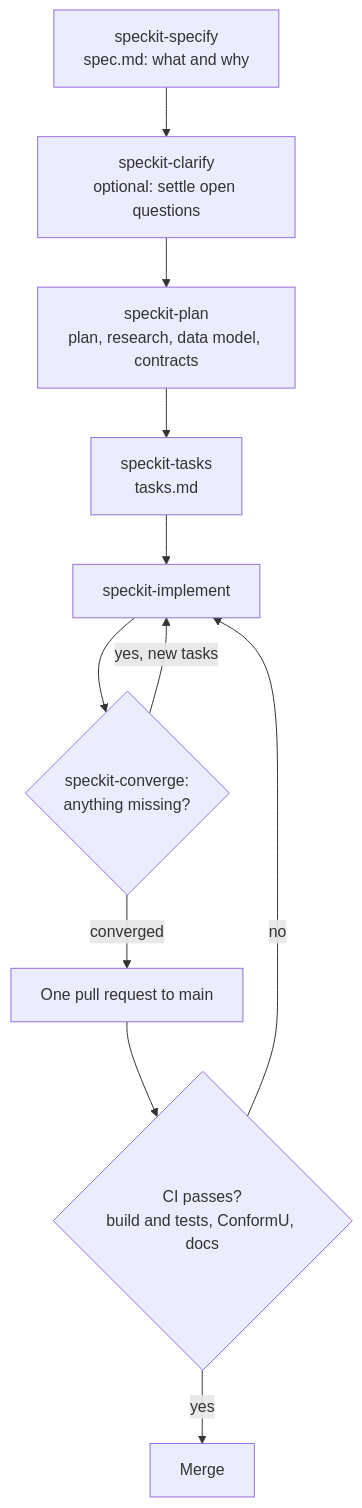
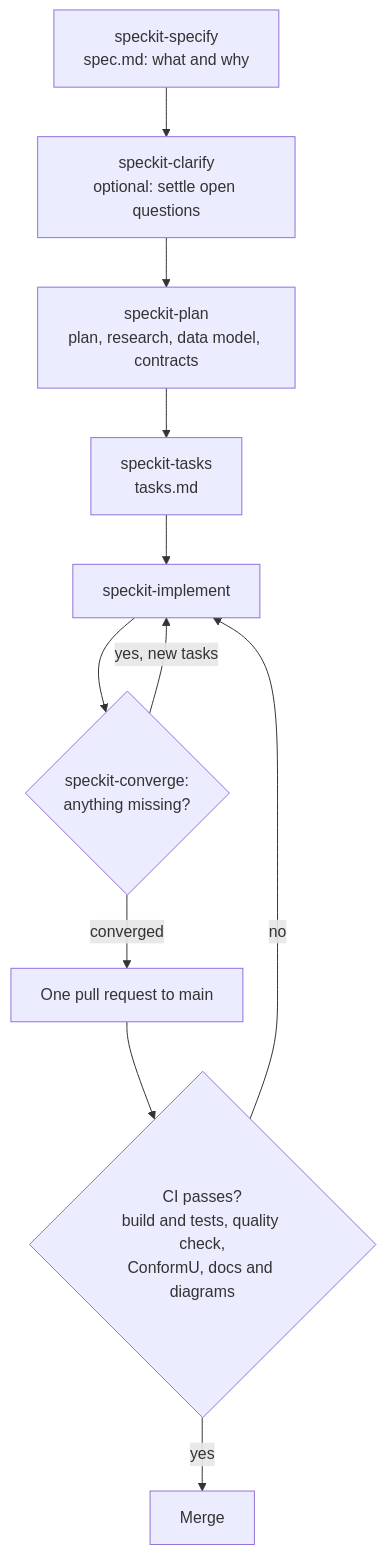
One commit to DeanJ87/SQMeter changed the second of 2 diagrams in docs/development/workflow.md. Above: the diagram before and after it, drawn with Mermaid. The commit also changed other lines of this file and 17 other files, not shown here.

````diff
--- a/docs/development/workflow.md
+++ b/docs/development/workflow.md
@@ -50,15 +50,15 @@
 ```mermaid
 flowchart TB
     accTitle: Development workflow
     accDescr: A feature starts as a spec, optionally clarified, then gets a plan and tasks, is implemented, and converge checks the code against the spec until nothing is missing. It then lands through one pull request that merges only when CI passes.
     SPECIFY["speckit-specify<br/>spec.md: what and why"] --> CLARIFY["speckit-clarify<br/>optional: settle open questions"]
     CLARIFY --> PLAN["speckit-plan<br/>plan, research, data model, contracts"]
     PLAN --> TASKS["speckit-tasks<br/>tasks.md"]
     TASKS --> IMPLEMENT["speckit-implement"]
     IMPLEMENT --> CONVERGE{"speckit-converge:<br/>anything missing?"}
     CONVERGE -->|yes, new tasks| IMPLEMENT
     CONVERGE -->|converged| PR["One pull request to main"]
-    PR --> CI{"CI passes?<br/>build and tests, ConformU, docs"}
+    PR --> CI{"CI passes?<br/>build and tests, quality check,<br/>ConformU, docs and diagrams"}
     CI -->|no| IMPLEMENT
     CI -->|yes| MERGE["Merge"]
 ```
````
